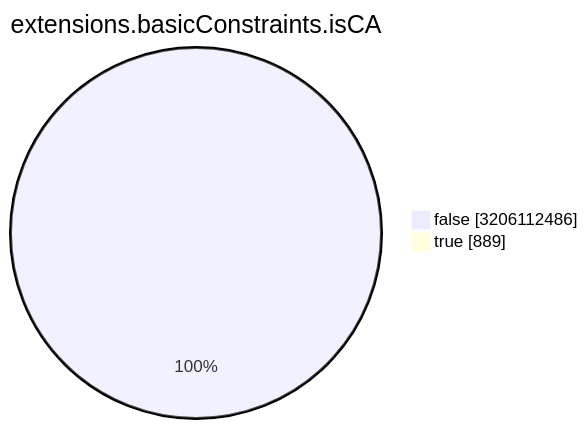
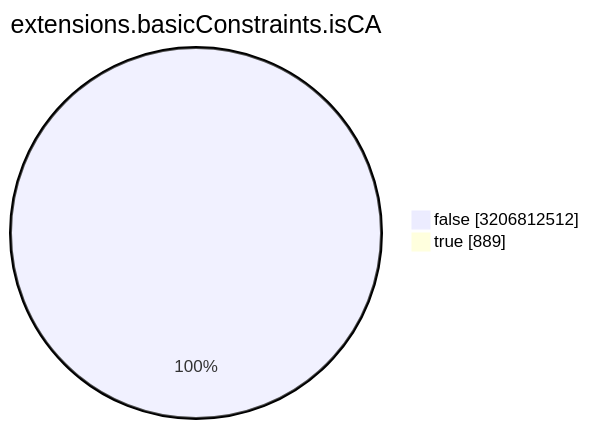
Before and after one commit to christiankrug/ctmonitor_visualization: the seventh of 15 diagrams in TOTAL/README.md, drawn with Mermaid. The commit also changed other lines of this file, not shown here.

````diff
--- a/TOTAL/README.md
+++ b/TOTAL/README.md
@@ -3088,6 +3088,6 @@
 ```mermaid
 pie showData
 title extensions.basicConstraints.isCA
-"false" :3206112486
+"false" :3206812512
 "true" :889
 ```
````
